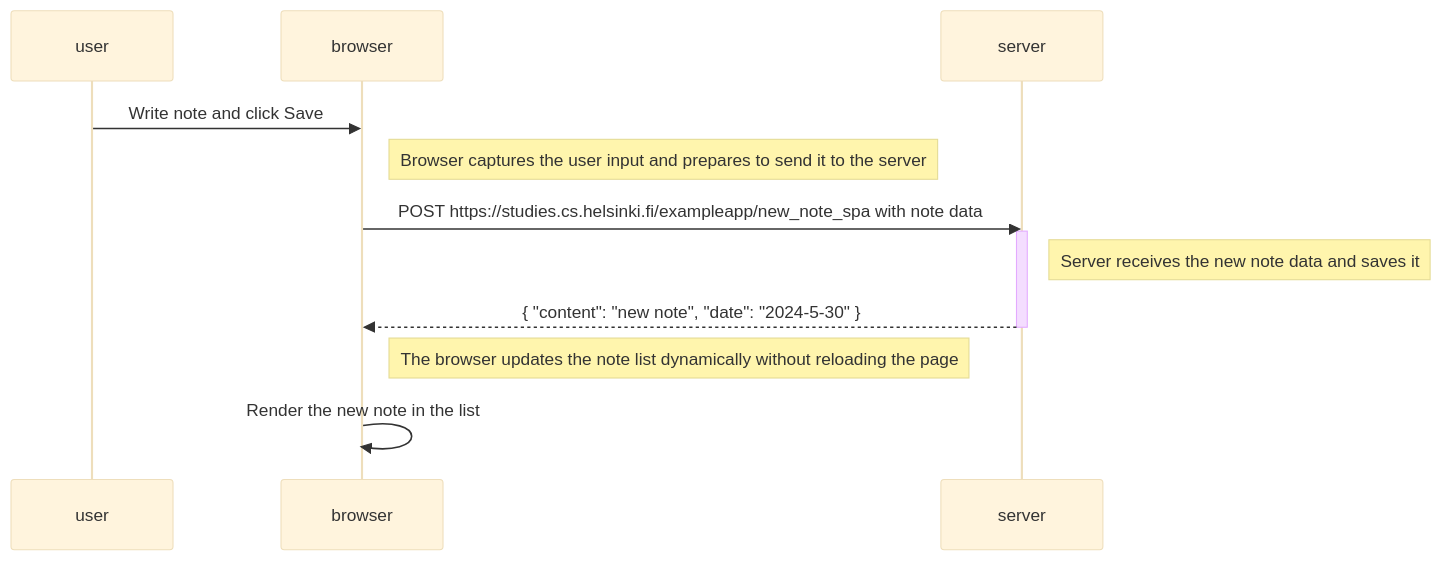
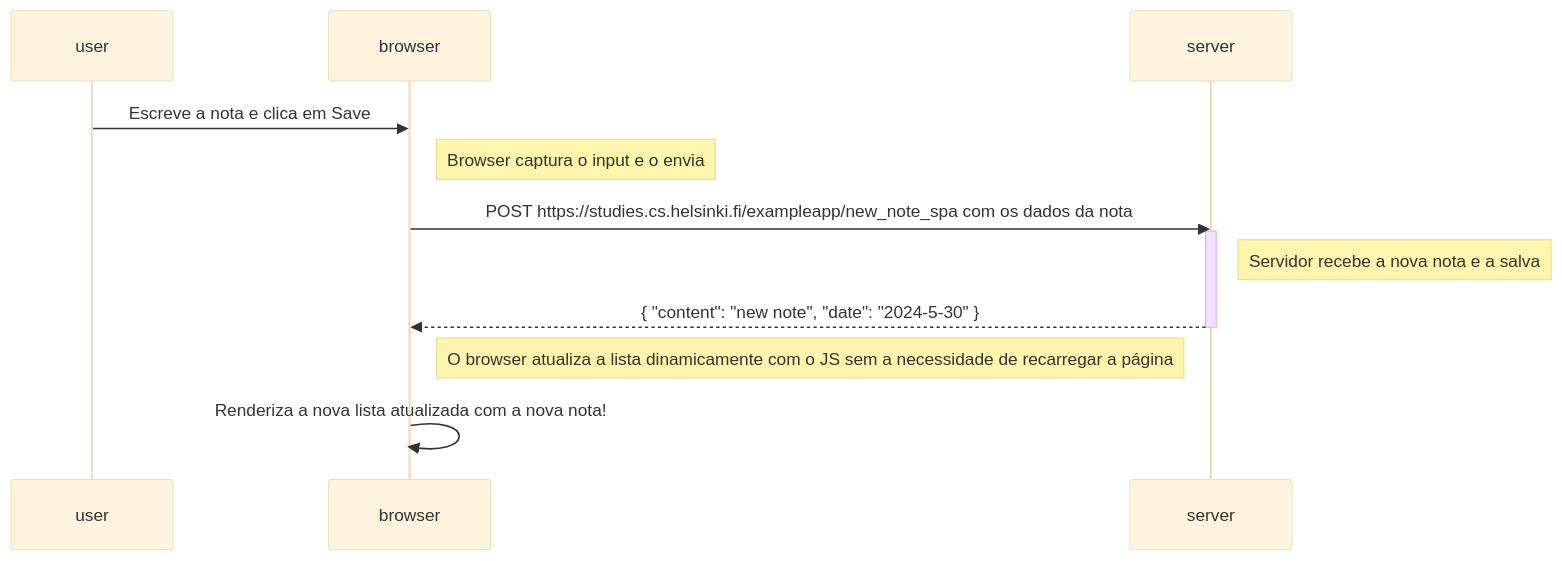
The diagram in part0/NewNoteInSinglePage.md (ArthurDetomi/course), drawn with Mermaid (base theme) before and after one commit. The commit also changed 5 other files, not shown here.

Commit message:
release: Update diagram

````diff
--- a/part0/NewNoteInSinglePage.md
+++ b/part0/NewNoteInSinglePage.md
@@ -1,18 +1,18 @@
 ```mermaid
 sequenceDiagram
     participant user
     participant browser
     participant server
 
-    user->>browser: Write note and click Save
-    Note right of browser: Browser captures the user input and prepares to send it to the server
+    user->>browser: Escreve a nota e clica em Save
+    Note right of browser: Browser captura o input e o envia
 
-    browser->>server: POST https://studies.cs.helsinki.fi/exampleapp/new_note_spa with note data
+    browser->>server: POST https://studies.cs.helsinki.fi/exampleapp/new_note_spa com os dados da nota
     activate server
-    Note right of server: Server receives the new note data and saves it
+    Note right of server: Servidor recebe a nova nota e a salva
     server-->>browser: { "content": "new note", "date": "2024-5-30" }
     deactivate server
 
-    Note right of browser: The browser updates the note list dynamically without reloading the page
-    browser->>browser: Render the new note in the list
+    Note right of browser: O browser atualiza a lista dinamicamente com o JS sem a necessidade de recarregar a página
+    browser->>browser: Renderiza a nova lista atualizada com a nova nota!
 ```
````
